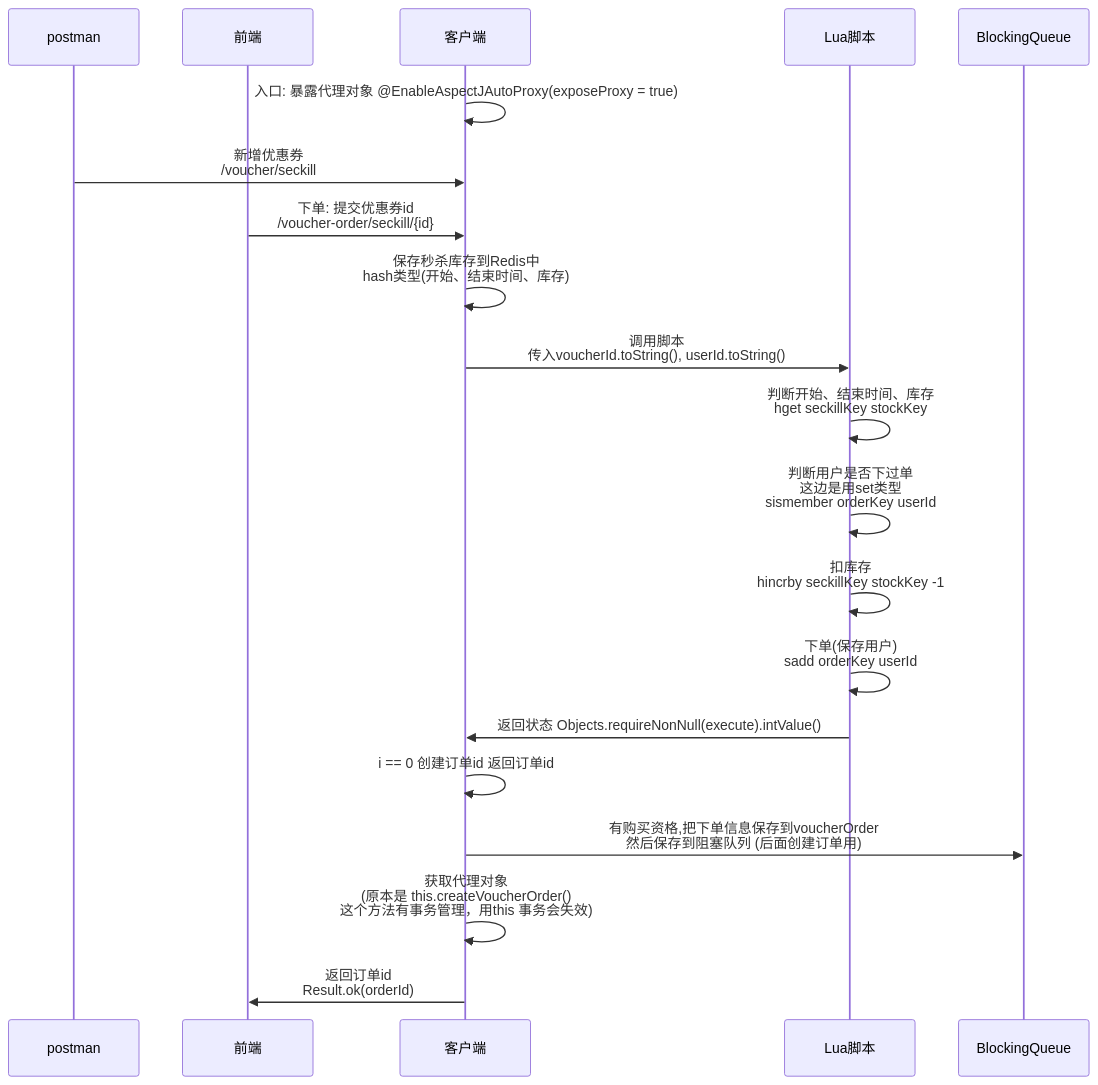
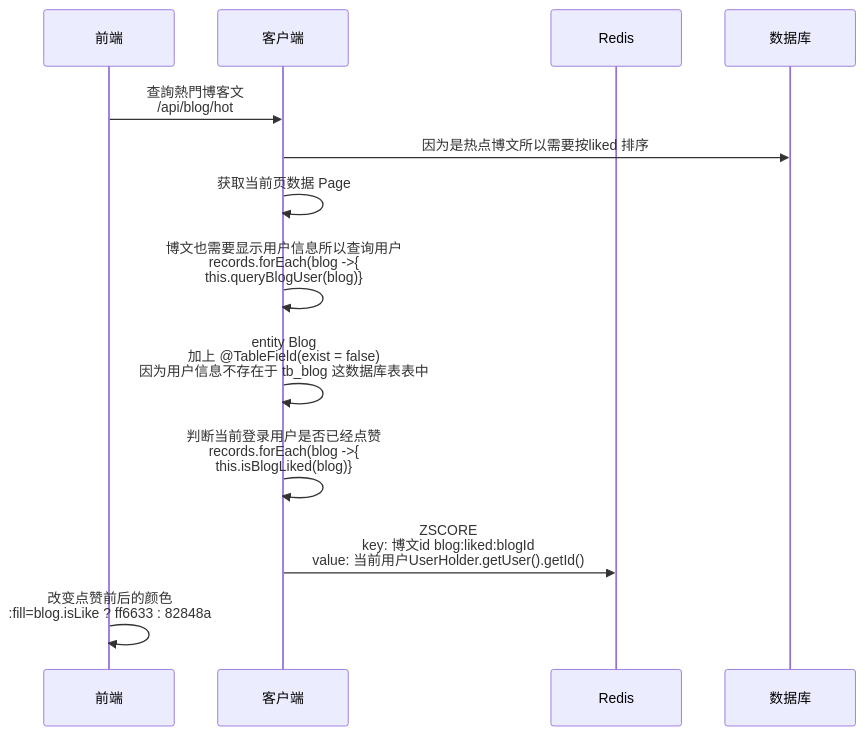
The first of 2 diagrams in README.md (feed981/e01), drawn with Mermaid before and after one commit. The commit also changed other lines of this file, not shown here.

````diff
--- a/README.md
+++ b/README.md
@@ -1534,23 +762,16 @@
 ```mermaid
 sequenceDiagram
-participant postman
     participant 前端
     participant 客户端
-    participant Lua脚本
-    participant BlockingQueue
+    participant Redis
+    participant 数据库
 
-客户端->>客户端: 入口: 暴露代理对象 @EnableAspectJAutoProxy(exposeProxy = true)
-postman->>客户端: 新增优惠券 <br>/voucher/seckill
-前端->>客户端: 下单: 提交优惠券id <br>/voucher-order/seckill/{id}
-客户端->>客户端: 保存秒杀库存到Redis中<br>hash类型(开始、结束时间、库存)
-客户端->>Lua脚本: 调用脚本<br>传入voucherId.toString(), userId.toString()
-Lua脚本->>Lua脚本: 判断开始、结束时间、库存<br> hget seckillKey stockKey
-Lua脚本->>Lua脚本: 判断用户是否下过单<br>这边是用set类型<br> sismember orderKey userId
-Lua脚本->>Lua脚本: 扣库存<br>  hincrby seckillKey stockKey -1
-Lua脚本->>Lua脚本: 下单(保存用户)<br> sadd orderKey userId
-Lua脚本->>客户端: 返回状态 Objects.requireNonNull(execute).intValue();
-客户端->>客户端: i == 0 创建订单id 返回订单id
-客户端->>BlockingQueue: 有购买资格,把下单信息保存到voucherOrder<br>然后保存到阻塞队列 (后面创建订单用)
-客户端->>客户端: 获取代理对象 <br>(原本是 this.createVoucherOrder() <br>这个方法有事务管理，用this 事务会失效)
-客户端->>前端: 返回订单id <br>Result.ok(orderId)
+	前端->>客户端: 查詢熱門博客文<br>/api/blog/hot
+	客户端->>数据库: 因为是热点博文所以需要按liked 排序
+    客户端->>客户端: 获取当前页数据 Page
+    客户端->>客户端: 博文也需要显示用户信息所以查询用户<br> records.forEach(blog ->{ <br>this.queryBlogUser(blog)} 
+    客户端->>客户端: entity Blog<br>加上 @TableField(exist = false) <br>因为用户信息不存在于 tb_blog 这数据库表表中
+    客户端->>客户端: 判断当前登录用户是否已经点赞<br>records.forEach(blog ->{<br>this.isBlogLiked(blog)}
+    客户端->>Redis: ZSCORE <br>key: 博文id blog:liked:blogId <br>value: 当前用户UserHolder.getUser().getId()
+    前端->>前端: 改变点赞前后的颜色<br>:fill=blog.isLike ? ff6633 : 82848a
 ```
````
